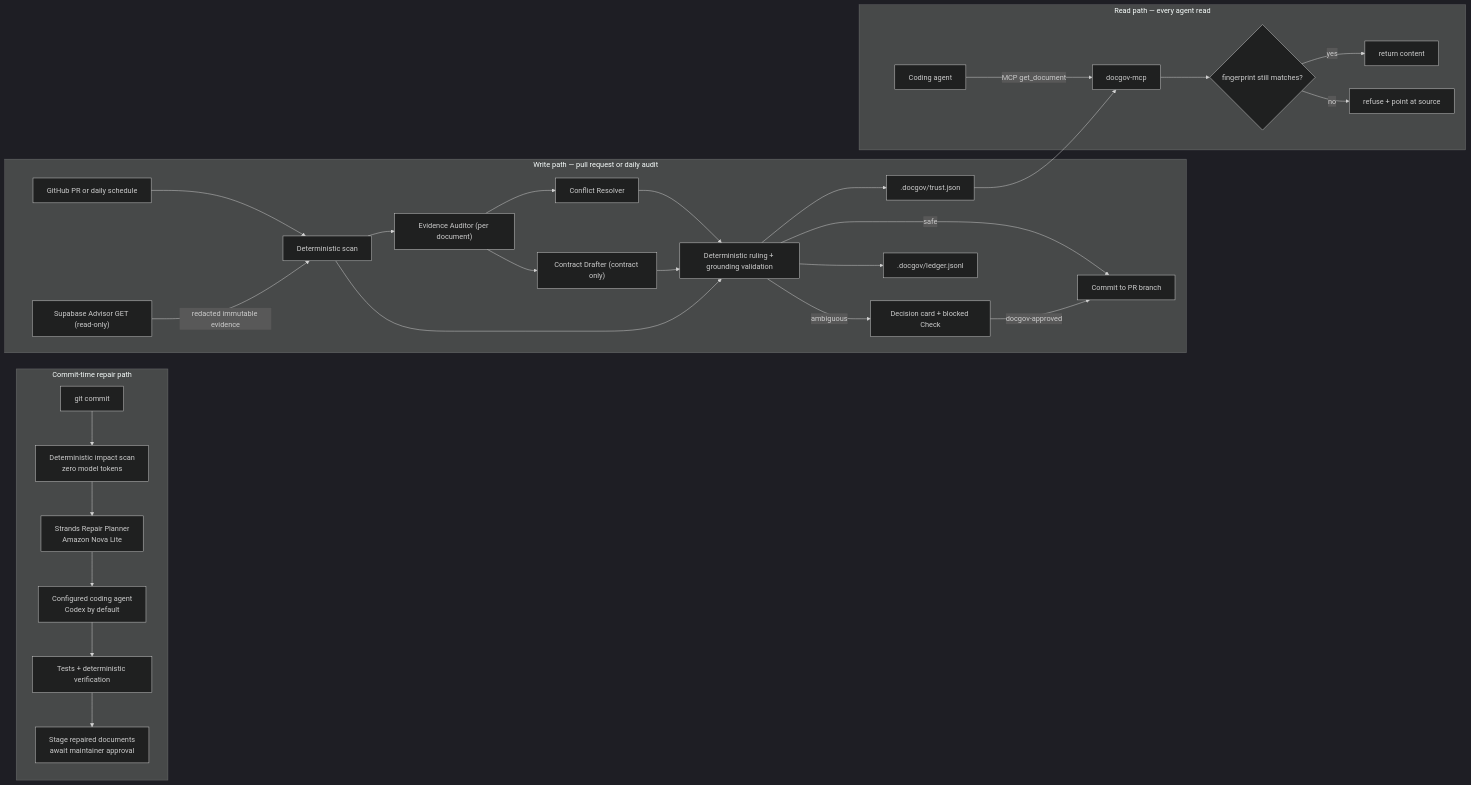
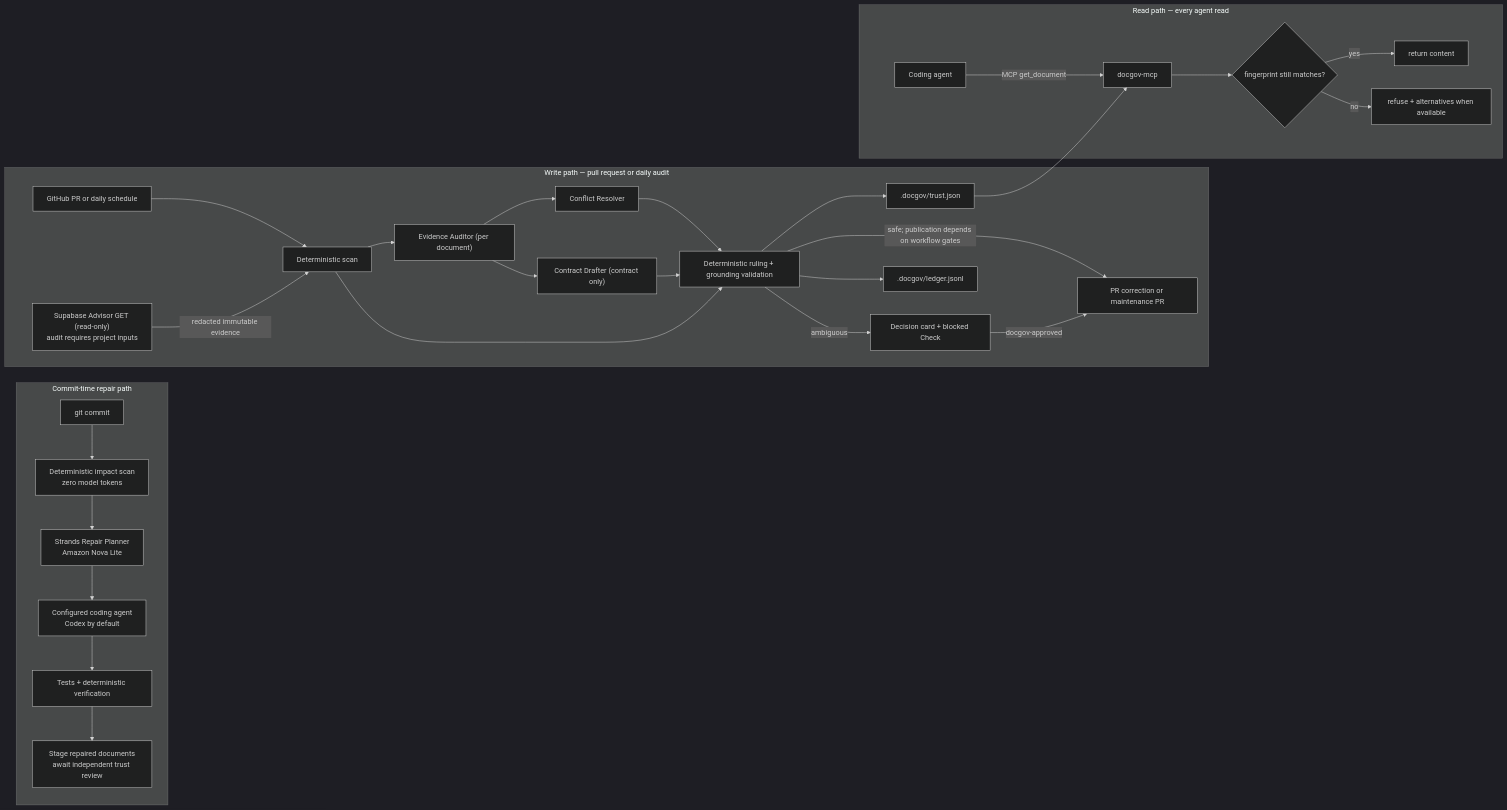
The diagram in README.md (SophieYu04/doc-governor-strands), drawn with Mermaid (dark theme) before and after one commit. The commit also changed other lines of this file and 11 other files, not shown here.

Commit message:
feat: delegate scoped document trust to independent coding review

````diff
--- a/README.md
+++ b/README.md
@@ -354,32 +388,32 @@
 ```mermaid
 flowchart LR
   subgraph REPAIR["Commit-time repair path"]
     C0["git commit"] --> I["Deterministic impact scan<br/>zero model tokens"]
     I --> RP["Strands Repair Planner<br/>Amazon Nova Lite"]
     RP --> CE["Configured coding agent<br/>Codex by default"]
     CE --> V["Tests + deterministic verification"]
-    V --> ST["Stage repaired documents<br/>await maintainer approval"]
+    V --> ST["Stage repaired documents<br/>await independent trust review"]
   end
   subgraph WRITE["Write path — pull request or daily audit"]
     A["GitHub PR or daily schedule"] --> B["Deterministic scan"]
-    S["Supabase Advisor GET (read-only)"] -->|"redacted immutable evidence"| B
+    S["Supabase Advisor GET (read-only)<br/>audit requires project inputs"] -->|"redacted immutable evidence"| B
     B --> G1["Evidence Auditor (per document)"]
     G1 --> G2["Conflict Resolver"]
     G1 --> G3["Contract Drafter (contract only)"]
     G2 --> E["Deterministic ruling + grounding validation"]
     G3 --> E
     B --> E
-    E -->|"safe"| F["Commit to PR branch"]
+    E -->|"safe; publication depends on workflow gates"| F["PR correction or maintenance PR"]
     E -->|"ambiguous"| DC["Decision card + blocked Check"]
     DC -->|"docgov-approved"| F
     E --> TJ[".docgov/trust.json"]
     E --> H[".docgov/ledger.jsonl"]
   end
   subgraph READ["Read path — every agent read"]
     X["Coding agent"] -->|"MCP get_document"| M["docgov-mcp"]
     TJ --> M
     M --> RC{"fingerprint still matches?"}
     RC -->|"yes"| OK["return content"]
-    RC -->|"no"| NO["refuse + point at source"]
+    RC -->|"no"| NO["refuse + alternatives when available"]
   end
 ```
````
